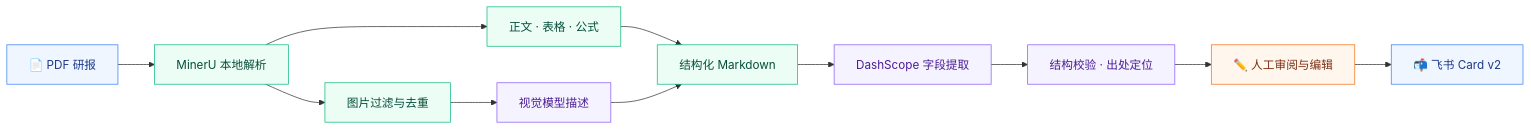
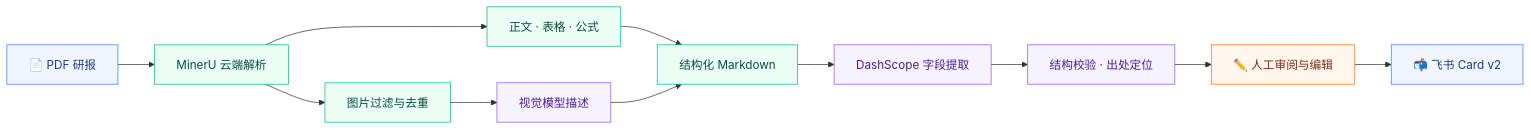
Before and after one commit to cwj-66/Extract-Flow-agent: the diagram in README.md, drawn with Mermaid. The commit also changed other lines of this file and 15 other files, not shown here.

````diff
--- a/README.md
+++ b/README.md
@@ -51,22 +51,22 @@
 ```mermaid
 flowchart LR
-    A["📄 PDF 研报"] --> B["MinerU 本地解析"]
+    A["📄 PDF 研报"] --> B["MinerU 云端解析"]
     B --> C["正文 · 表格 · 公式"]
     B --> D["图片过滤与去重"]
     D --> E["视觉模型描述"]
     C --> F["结构化 Markdown"]
     E --> F
     F --> G["DashScope 字段提取"]
     G --> H["结构校验 · 出处定位"]
     H --> I["✏️ 人工审阅与编辑"]
     I --> J["📬 飞书 Card v2"]
 
     classDef input fill:#EFF6FF,stroke:#3B82F6,color:#1E3A8A;
     classDef local fill:#ECFDF5,stroke:#10B981,color:#064E3B;
     classDef model fill:#F5F3FF,stroke:#8B5CF6,color:#4C1D95;
     classDef review fill:#FFF7ED,stroke:#F97316,color:#7C2D12;
     class A,J input;
     class B,C,D,F local;
     class E,G,H model;
     class I review;
 ```
````
